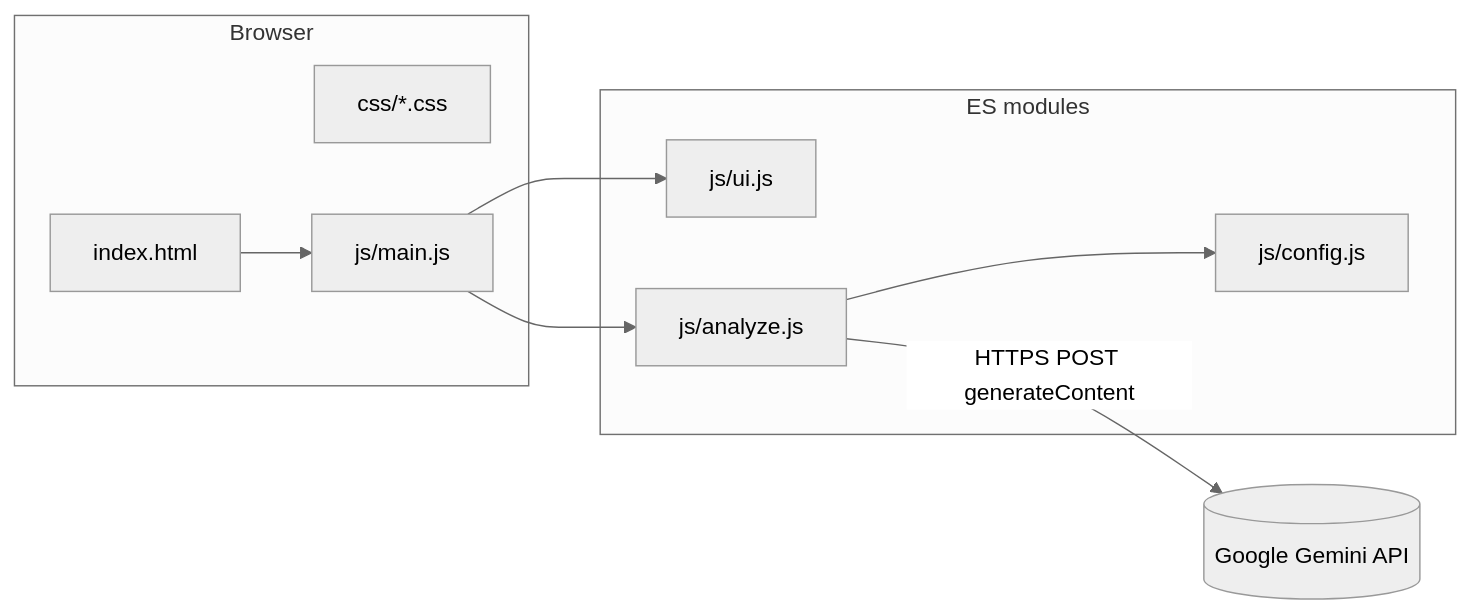
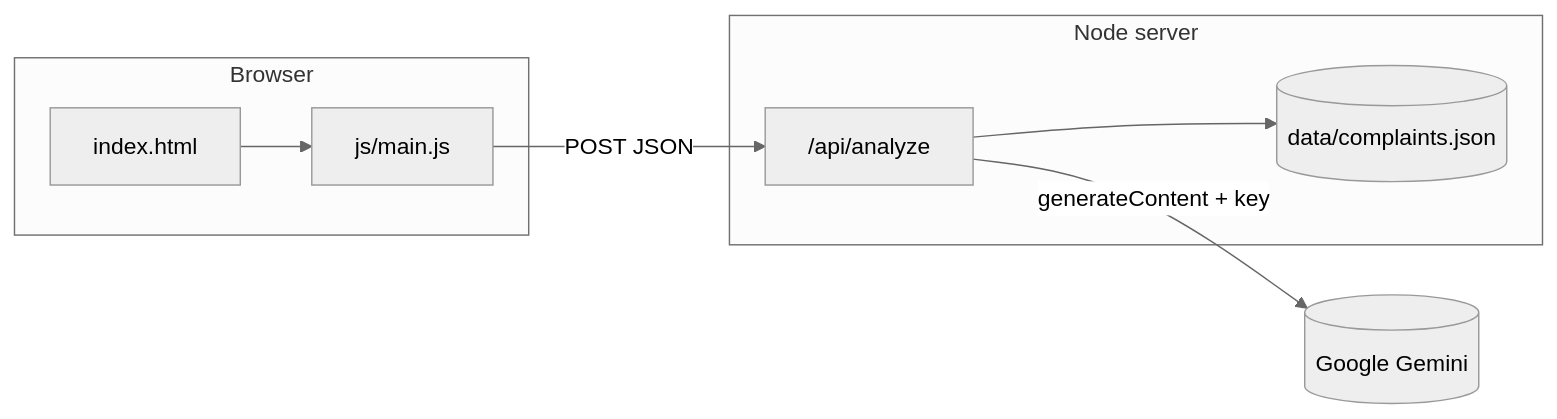
Before and after one commit to MohammadUsman00/AWAAZ-AI: the diagram in README.md, drawn with Mermaid (neutral theme). The commit also changed other lines of this file and 12 other files, not shown here.

````diff
--- a/README.md
+++ b/README.md
@@ -92,18 +97,15 @@
 ```mermaid
 flowchart LR
   subgraph client [Browser]
     HTML[index.html]
-    CSS[css/*.css]
     JS[js/main.js]
   end
-  subgraph modules [ES modules]
-    UI[js/ui.js]
-    AN[js/analyze.js]
-    CFG[js/config.js]
+  subgraph server [Node server]
+    API["/api/analyze"]
+    STORE[(data/complaints.json)]
   end
   HTML --> JS
-  JS --> UI
-  JS --> AN
-  AN --> CFG
-  AN -->|HTTPS POST generateContent| GEMINI[(Google Gemini API)]
+  JS -->|POST JSON| API
+  API -->|generateContent + key| GEMINI[(Google Gemini)]
+  API --> STORE
 ```
````
